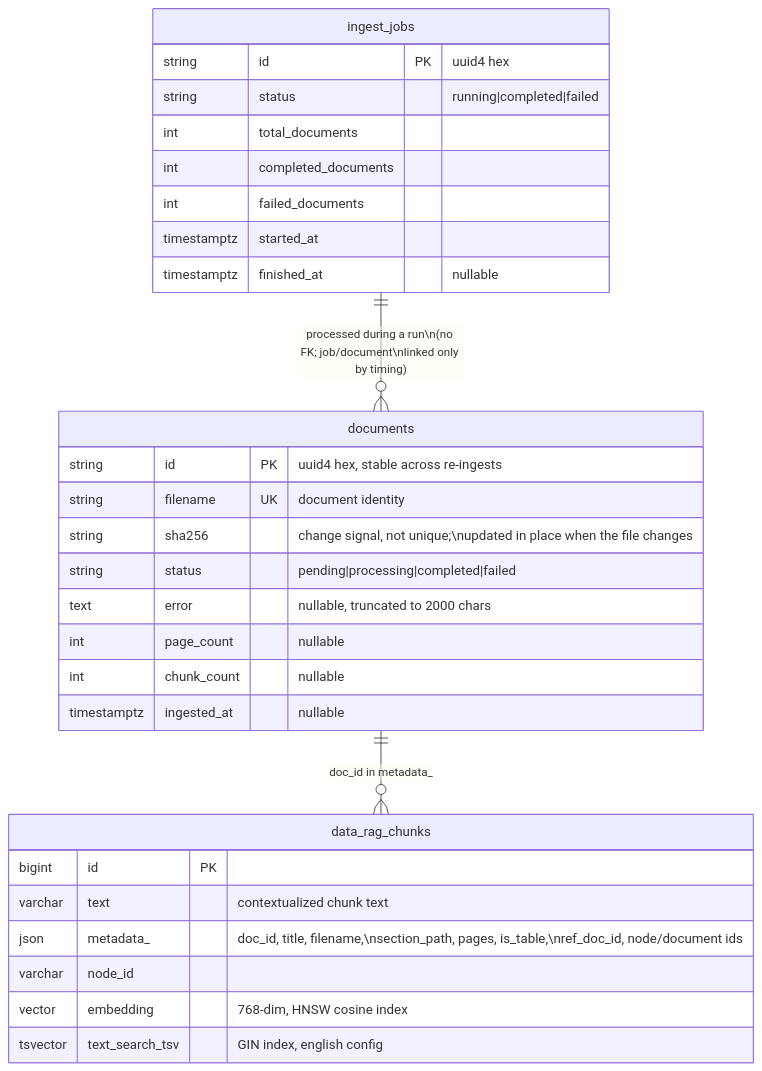
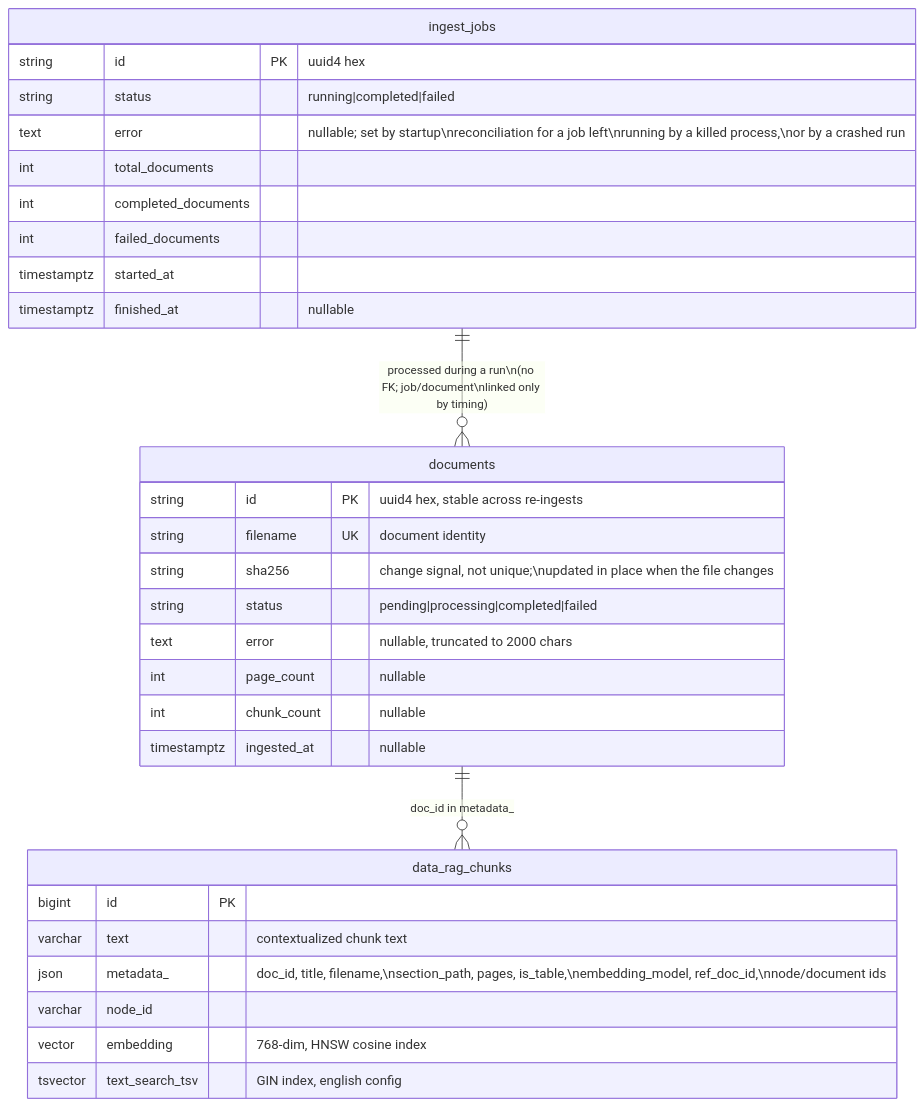
The fourth of 4 diagrams in doc/architecture.md (spectare007/documind), drawn with Mermaid before and after one commit. The commit also changed 15 other files, not shown here.

````diff
--- a/doc/architecture.md
+++ b/doc/architecture.md
@@ -168,32 +168,33 @@
 ```mermaid
 erDiagram
     documents {
         string id PK "uuid4 hex, stable across re-ingests"
         string filename UK "document identity"
         string sha256 "change signal, not unique;\nupdated in place when the file changes"
         string status "pending|processing|completed|failed"
         text error "nullable, truncated to 2000 chars"
         int page_count "nullable"
         int chunk_count "nullable"
         timestamptz ingested_at "nullable"
     }
     ingest_jobs {
         string id PK "uuid4 hex"
         string status "running|completed|failed"
+        text error "nullable; set by startup\nreconciliation for a job left\nrunning by a killed process,\nor by a crashed run"
         int total_documents
         int completed_documents
         int failed_documents
         timestamptz started_at
         timestamptz finished_at "nullable"
     }
     data_rag_chunks {
         bigint id PK
         varchar text "contextualized chunk text"
-        json metadata_ "doc_id, title, filename,\nsection_path, pages, is_table,\nref_doc_id, node/document ids"
+        json metadata_ "doc_id, title, filename,\nsection_path, pages, is_table,\nembedding_model, ref_doc_id,\nnode/document ids"
         varchar node_id
         vector embedding "768-dim, HNSW cosine index"
         tsvector text_search_tsv "GIN index, english config"
     }
     documents ||--o{ data_rag_chunks : "doc_id in metadata_"
     ingest_jobs ||--o{ documents : "processed during a run\n(no FK; job/document\nlinked only by timing)"
 ```
````
